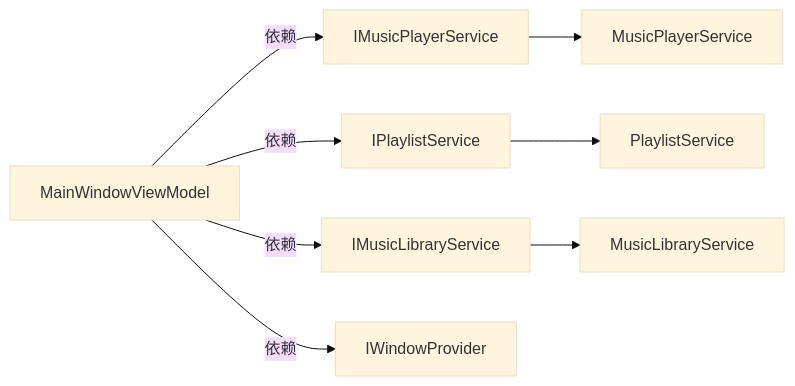
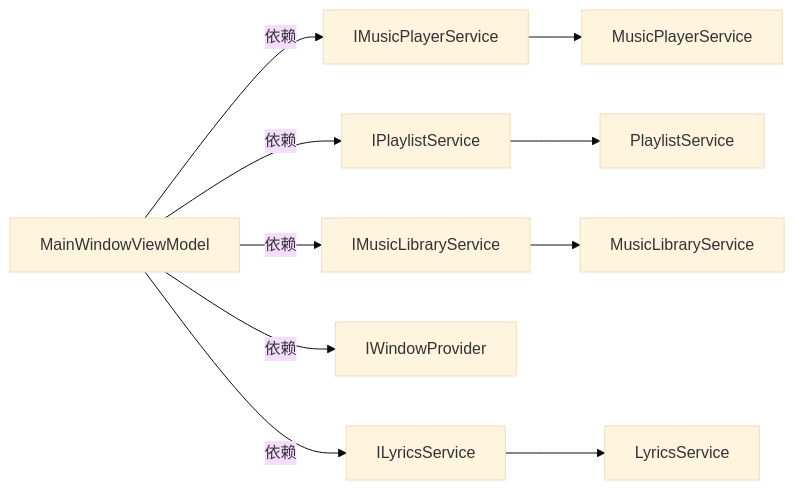
One commit to mariamjensen42-glitch/LocalMusicPlayer changed the tenth of 10 diagrams in .qoder/repowiki/zh/content/视图模型层/主窗口视图模型.md. Above: the diagram before and after it, drawn with Mermaid (base theme). The commit also changed other lines of this file and 23 other files, not shown here.

````diff
--- a/.qoder/repowiki/zh/content/视图模型层/主窗口视图模型.md
+++ b/.qoder/repowiki/zh/content/视图模型层/主窗口视图模型.md
@@ -374,10 +448,12 @@
 ```mermaid
 graph LR
 VM["MainWindowViewModel"] --> |依赖| MP["IMusicPlayerService"]
 VM --> |依赖| PL["IPlaylistService"]
 VM --> |依赖| ML["IMusicLibraryService"]
 VM --> |依赖| WP["IWindowProvider"]
+VM --> |依赖| LS["ILyricsService"]
 MP --> MPS["MusicPlayerService"]
 PL --> PLS["PlaylistService"]
 ML --> MLS["MusicLibraryService"]
+LS --> LSS["LyricsService"]
 ```
````
